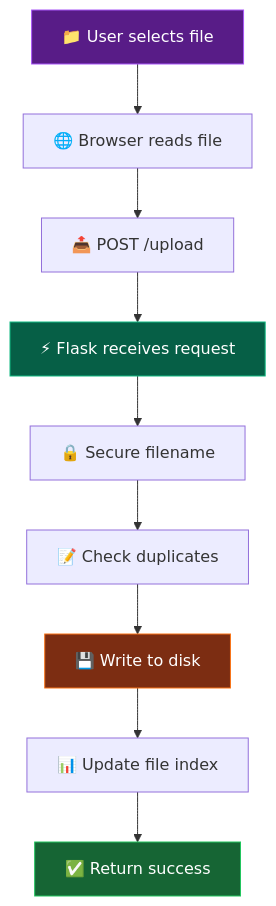
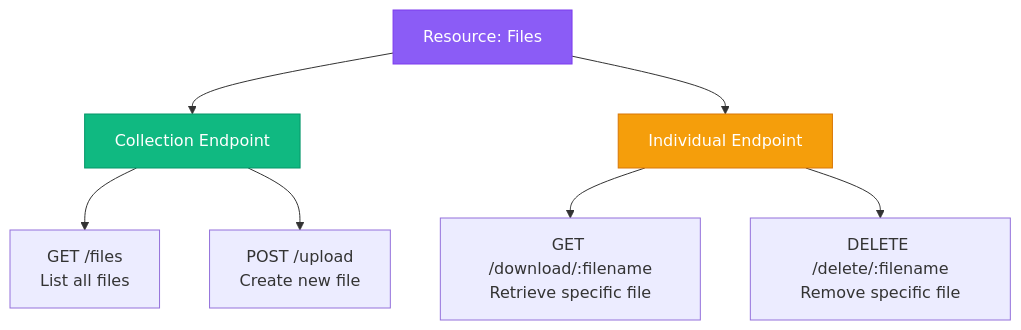
One commit to hetcharusat/sharejadpi changed the fourth of 16 diagrams in SGP_phase1/docs/architecture.md. Above: the diagram before and after it, drawn with Mermaid. The commit also changed other lines of this file and 1 other file, not shown here.

Commit message:
docs: comprehensive architecture with design patterns, workflows, and diagrams

````diff
--- a/SGP_phase1/docs/architecture.md
+++ b/SGP_phase1/docs/architecture.md
@@ -358,16 +208,15 @@
 ```mermaid
-flowchart TB
-    A["📁 User selects file"] --> B["🌐 Browser reads file"]
-    B --> C["📤 POST /upload"]
-    C --> D["⚡ Flask receives request"]
-    D --> E["🔒 Secure filename"]
-    E --> F["📝 Check duplicates"]
-    F --> G["💾 Write to disk"]
-    G --> H["📊 Update file index"]
-    H --> I["✅ Return success"]
+graph TD
+    A[Resource: Files] --> B[Collection Endpoint]
+    A --> C[Individual Endpoint]
     
-    style A fill:#581c87,stroke:#a855f7,color:#fff
-    style D fill:#065f46,stroke:#10b981,color:#fff
-    style G fill:#7c2d12,stroke:#f97316,color:#fff
-    style I fill:#166534,stroke:#22c55e,color:#fff
+    B --> B1[GET /files<br/>List all files]
+    B --> B2[POST /upload<br/>Create new file]
+    
+    C --> C1[GET /download/:filename<br/>Retrieve specific file]
+    C --> C2[DELETE /delete/:filename<br/>Remove specific file]
+    
+    style A fill:#8b5cf6,stroke:#7c3aed,color:#fff
+    style B fill:#10b981,stroke:#059669,color:#fff
+    style C fill:#f59e0b,stroke:#d97706,color:#fff
 ```
````
